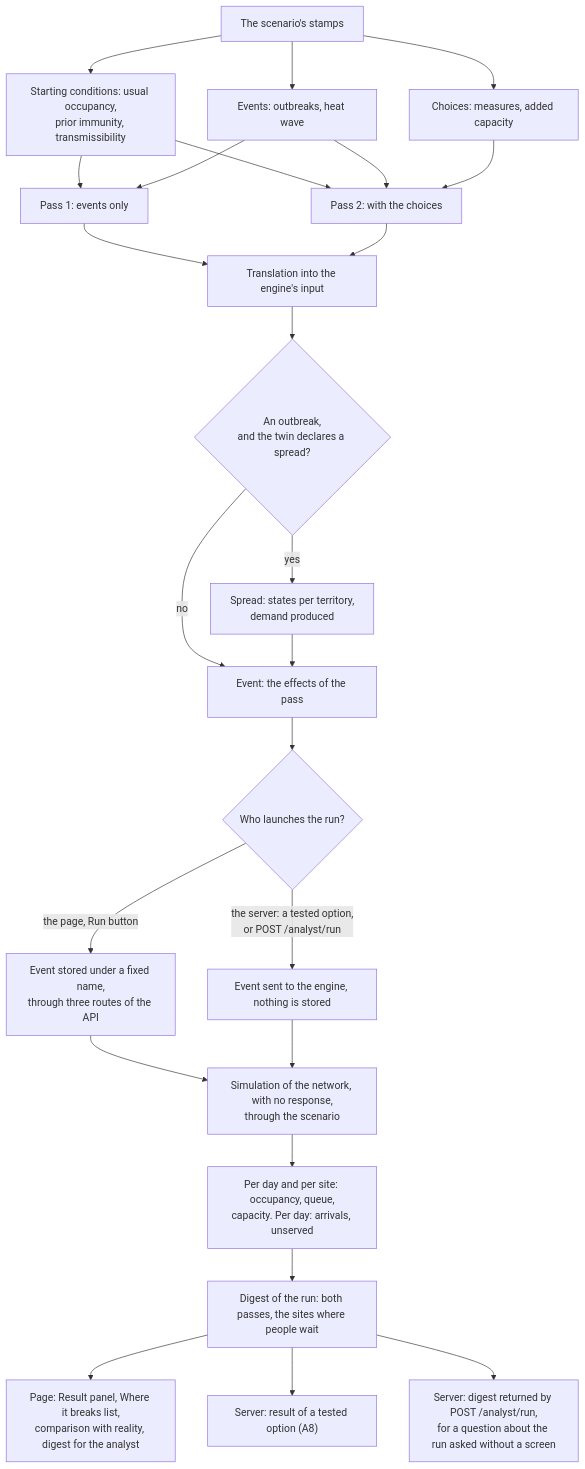
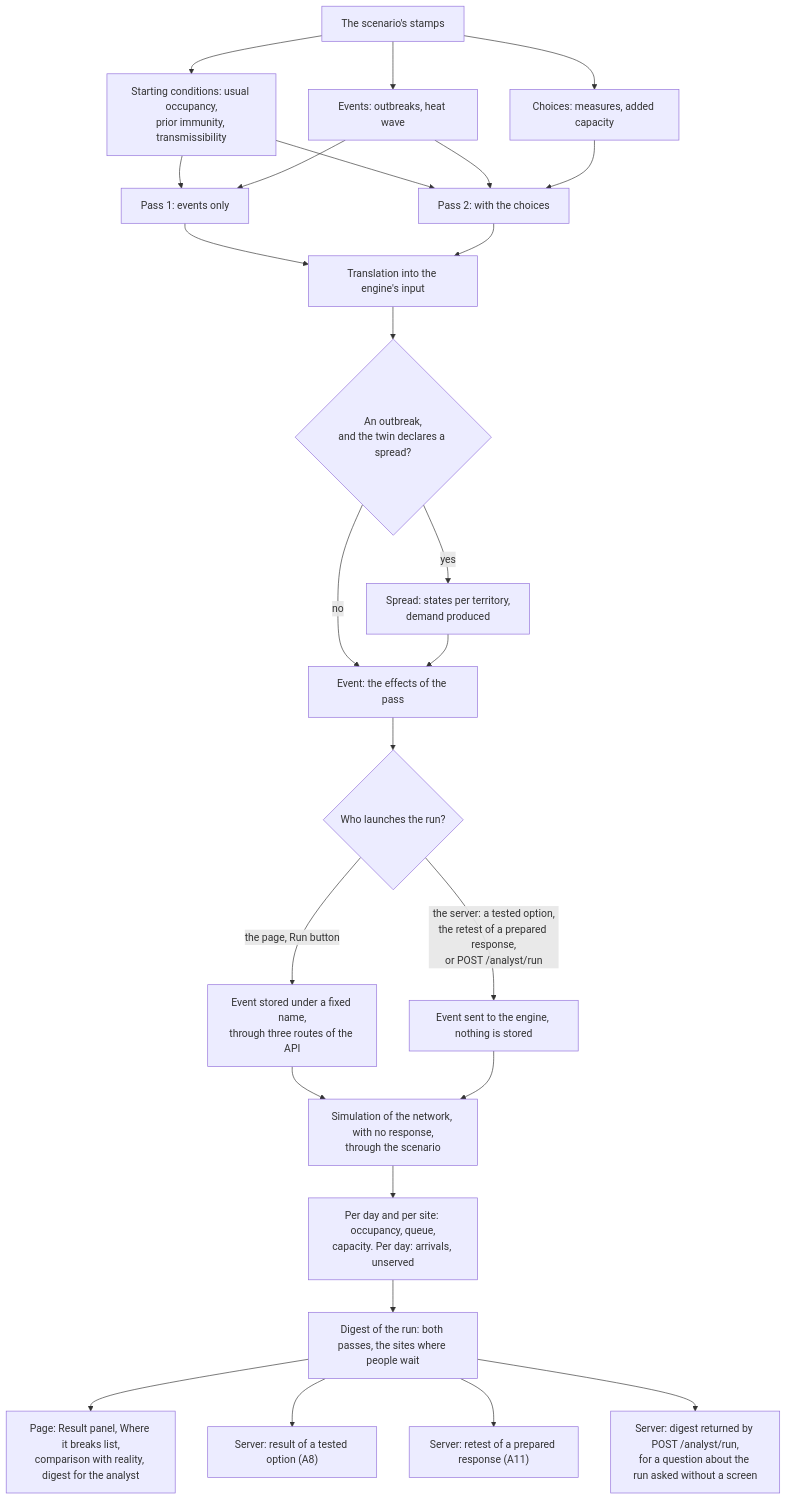
One commit to V1ktor7/obscyro changed the fourth of 33 diagrams in frontend/content/docs/product/algorithms.md. Above: the diagram before and after it, drawn with Mermaid. The commit also changed other lines of this file and 28 other files, not shown here.

````diff
--- a/frontend/content/docs/product/algorithms.md
+++ b/frontend/content/docs/product/algorithms.md
@@ -182,27 +183,28 @@
 ```mermaid
 flowchart TD
     S["The scenario's stamps"] --> C["Starting conditions: usual occupancy,<br/>prior immunity, transmissibility"]
     S --> E["Events: outbreaks, heat wave"]
     S --> K["Choices: measures, added capacity"]
     C --> V1["Pass 1: events only"]
     E --> V1
     C --> V2["Pass 2: with the choices"]
     E --> V2
     K --> V2
     V1 --> T["Translation into the engine's input"]
     V2 --> T
     T --> P{"An outbreak,<br/>and the twin declares a spread?"}
     P -->|"yes"| SP["Spread: states per territory,<br/>demand produced"]
     P -->|"no"| EV["Event: the effects of the pass"]
     SP --> EV
     EV --> W{"Who launches the run?"}
     W -->|"the page, Run button"| EP["Event stored under a fixed name,<br/>through three routes of the API"]
-    W -->|"the server: a tested option,<br/>or POST /analyst/run"| ES["Event sent to the engine, nothing is stored"]
+    W -->|"the server: a tested option,<br/>the retest of a prepared response,<br/>or POST /analyst/run"| ES["Event sent to the engine, nothing is stored"]
     EP --> RUN["Simulation of the network, with no response,<br/>through the scenario"]
     ES --> RUN
     RUN --> G["Per day and per site: occupancy, queue,<br/>capacity. Per day: arrivals, unserved"]
     G --> D["Digest of the run: both passes, the sites where people wait"]
     D --> R["Page: Result panel, Where it breaks list,<br/>comparison with reality, digest for the analyst"]
     D --> O["Server: result of a tested option (A8)"]
+    D --> O3["Server: retest of a prepared response (A11)"]
     D --> O2["Server: digest returned by POST /analyst/run,<br/>for a question about the run asked without a screen"]
 ```
````
